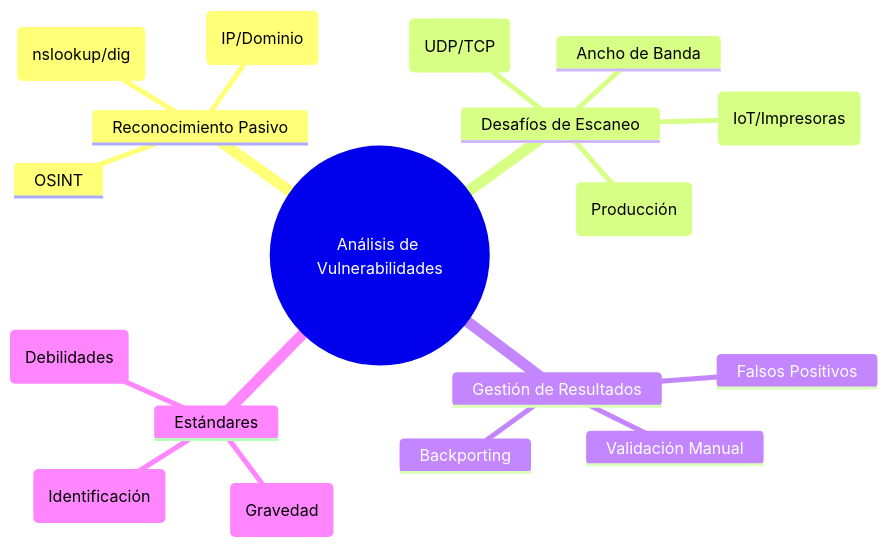
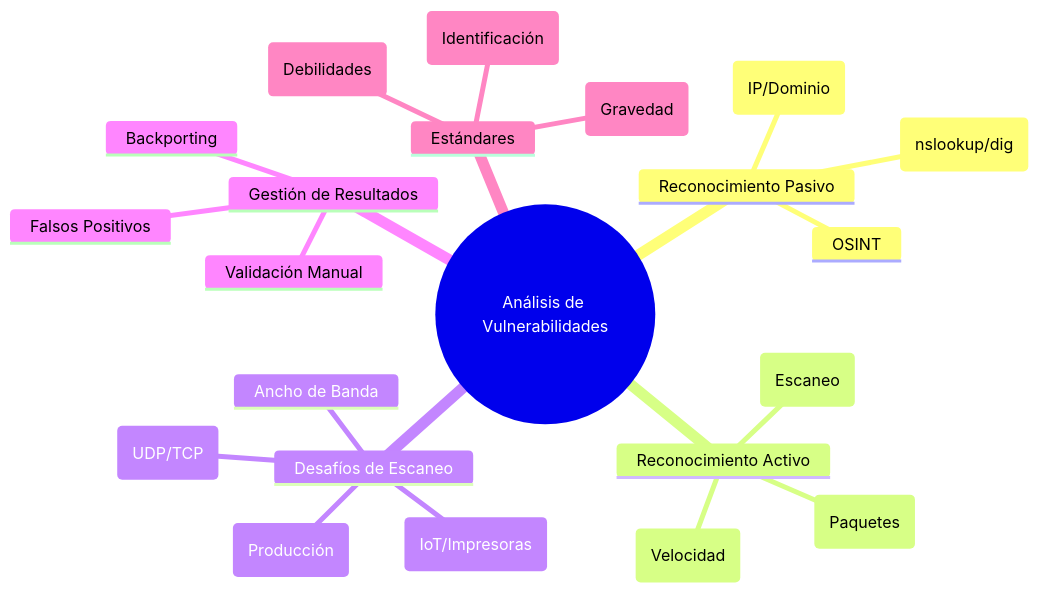
One commit to Michel-Macias/Cisco changed the first of 2 diagrams in Modulo_3_Reconocimiento_Y_Vulnerabilidades/Resumen_Repaso_Tema3.md. Above: the diagram before and after it, drawn with Mermaid. The commit also changed other lines of this file and 26 other files, not shown here.

````diff
--- a/Modulo_3_Reconocimiento_Y_Vulnerabilidades/Resumen_Repaso_Tema3.md
+++ b/Modulo_3_Reconocimiento_Y_Vulnerabilidades/Resumen_Repaso_Tema3.md
@@ -9,21 +9,25 @@
 ```mermaid
 mindmap
   root((Análisis de Vulnerabilidades))
     Reconocimiento Pasivo
       DNS (nslookup/dig)
       Whois (IP/Dominio)
       OSINT
+    Reconocimiento Activo
+      Nmap (Escaneo)
+      Scapy (Paquetes)
+      Masscan (Velocidad)
     Desafíos de Escaneo
       Timing (Producción)
       Protocolos (UDP/TCP)
       Sistemas Frágiles (IoT/Impresoras)
       Ancho de Banda
     Gestión de Resultados
       Falsos Positivos
       Validación Manual
       Backporting
     Estándares
       CVE (Identificación)
       CWE (Debilidades)
       CVSS (Gravedad)
 ```
````
